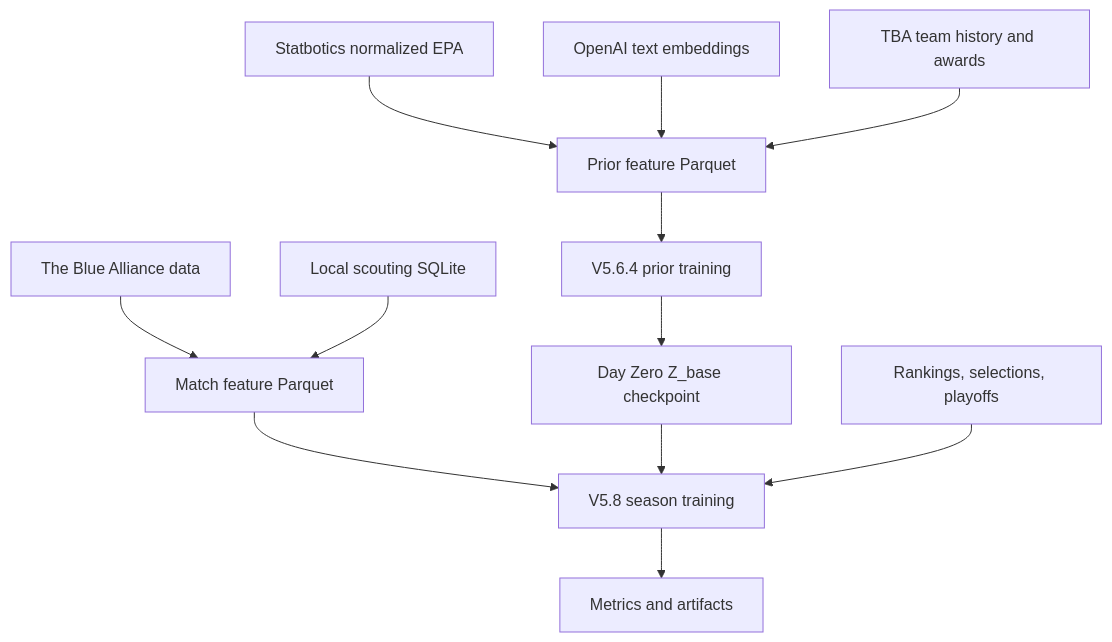
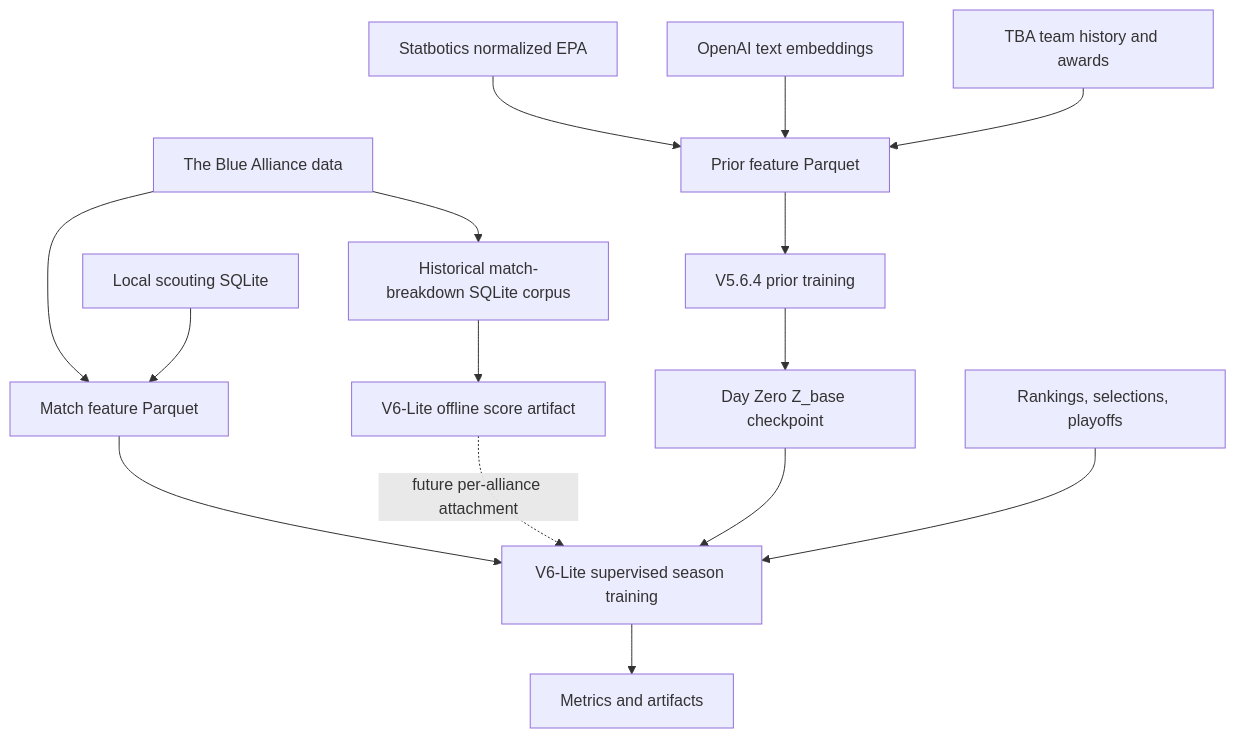
One commit to Jake825/LatentStrat changed the diagram in docs/index.md. Above: the diagram before and after it, drawn with Mermaid. The commit also changed other lines of this file and 49 other files, not shown here.

````diff
--- a/docs/index.md
+++ b/docs/index.md
@@ -57,14 +58,17 @@
 ```mermaid
 flowchart TD
     TBA[The Blue Alliance data] --> FeatureTable[Match feature Parquet]
     Scouting[Local scouting SQLite] --> FeatureTable
     Statbotics[Statbotics normalized EPA] --> PriorFeatures[Prior feature Parquet]
     OpenAI[OpenAI text embeddings] --> PriorFeatures
     TBAHistory[TBA team history and awards] --> PriorFeatures
     PriorFeatures --> PriorTraining[V5.6.4 prior training]
     PriorTraining --> ZBase[Day Zero Z_base checkpoint]
-    FeatureTable --> SeasonTraining[V5.8 season training]
+    TBA --> MatchCorpus[Historical match-breakdown SQLite corpus]
+    MatchCorpus --> ScoreArtifact[V6-Lite offline score artifact]
+    FeatureTable --> SeasonTraining[V6-Lite supervised season training]
+    ScoreArtifact -. future per-alliance attachment .-> SeasonTraining
     ZBase --> SeasonTraining
     Sidecars[Rankings, selections, playoffs] --> SeasonTraining
     SeasonTraining --> Metrics[Metrics and artifacts]
 ```
````
